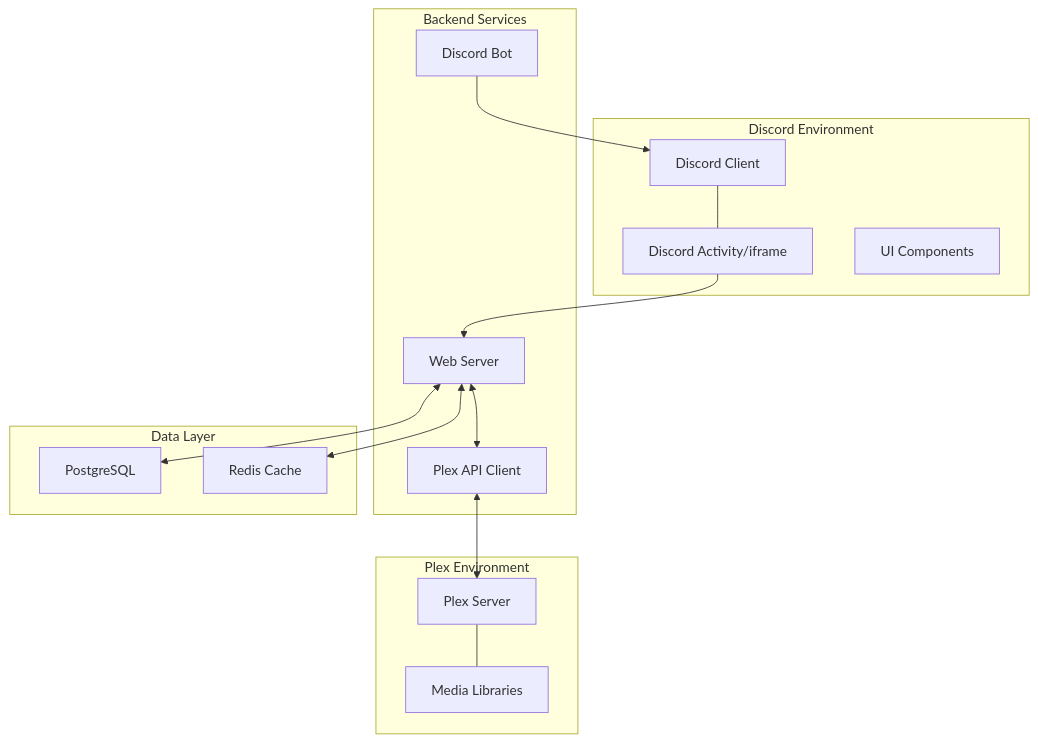
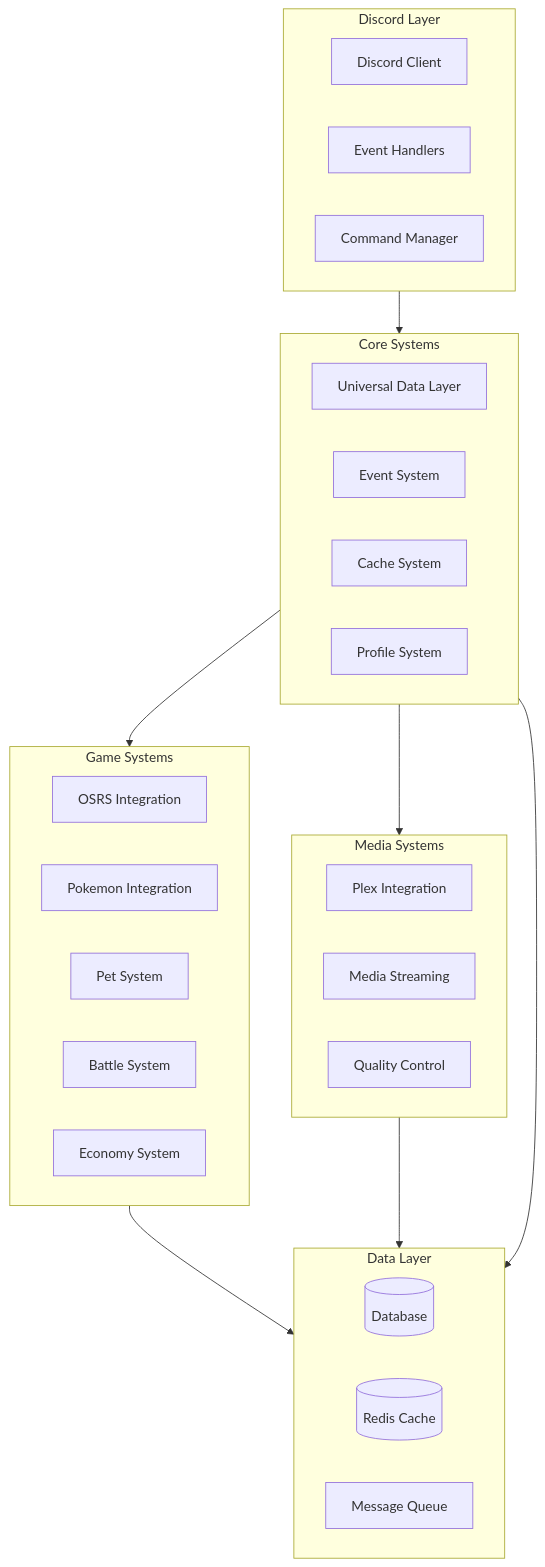
One commit to Giftedx/bot changed the diagram in docs/architecture/overview.md. Above: the diagram before and after it, drawn with Mermaid. The commit also changed other lines of this file and 77 other files, not shown here.

Commit message:
Initial commit: Discord bot with OSRS, Pokemon, and Plex integration

````diff
--- a/docs/architecture/overview.md
+++ b/docs/architecture/overview.md
@@ -7,33 +9,42 @@
 ```mermaid
 graph TB
-    subgraph Discord["Discord Environment"]
+    subgraph Discord["Discord Layer"]
         DC[Discord Client]
-        DA[Discord Activity/iframe]
-        UI[UI Components]
+        DH[Event Handlers]
+        CM[Command Manager]
     end
 
-    subgraph Backend["Backend Services"]
-        DB[Discord Bot]
-        WS[Web Server]
-        PA[Plex API Client]
+    subgraph Core["Core Systems"]
+        UDL[Universal Data Layer]
+        ES[Event System]
+        CS[Cache System]
+        PS[Profile System]
     end
 
-    subgraph Storage["Data Layer"]
-        PG[PostgreSQL]
-        RD[Redis Cache]
+    subgraph GameSystems["Game Systems"]
+        OSRS[OSRS Integration]
+        PKM[Pokemon Integration]
+        PET[Pet System]
+        BTL[Battle System]
+        ECO[Economy System]
     end
 
-    subgraph Plex["Plex Environment"]
-        PS[Plex Server]
-        PL[Media Libraries]
+    subgraph Media["Media Systems"]
+        PX[Plex Integration]
+        MS[Media Streaming]
+        QC[Quality Control]
     end
 
-    DC --- DA
-    DA --> WS
-    DB --> DC
-    WS <--> PA
-    PA <--> PS
-    PS --- PL
-    WS <--> RD
-    WS <--> PG
+    subgraph Data["Data Layer"]
+        DB[(Database)]
+        RC[(Redis Cache)]
+        MQ[Message Queue]
+    end
+
+    Discord --> Core
+    Core --> GameSystems
+    Core --> Media
+    GameSystems --> Data
+    Media --> Data
+    Core --> Data
 ```
````
